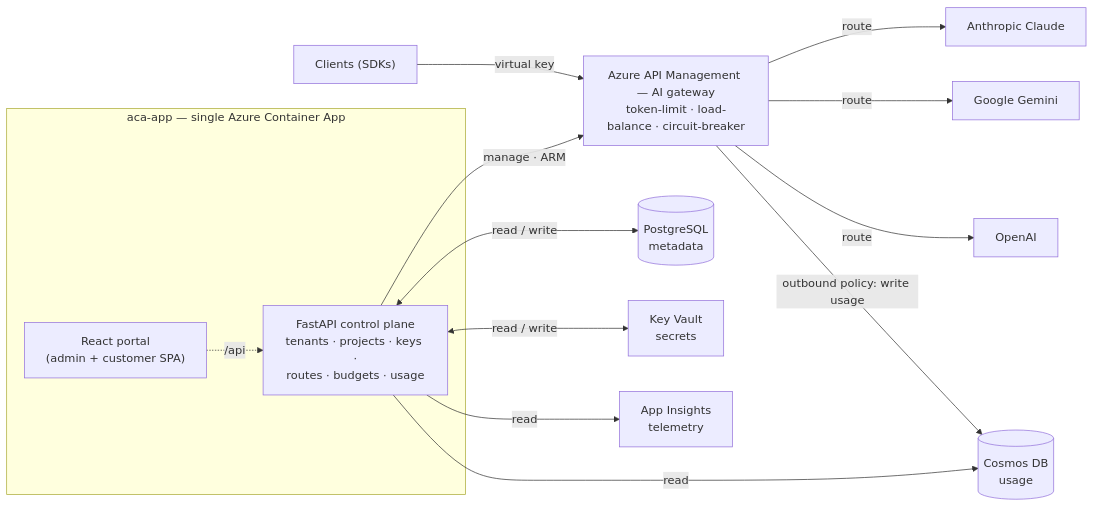
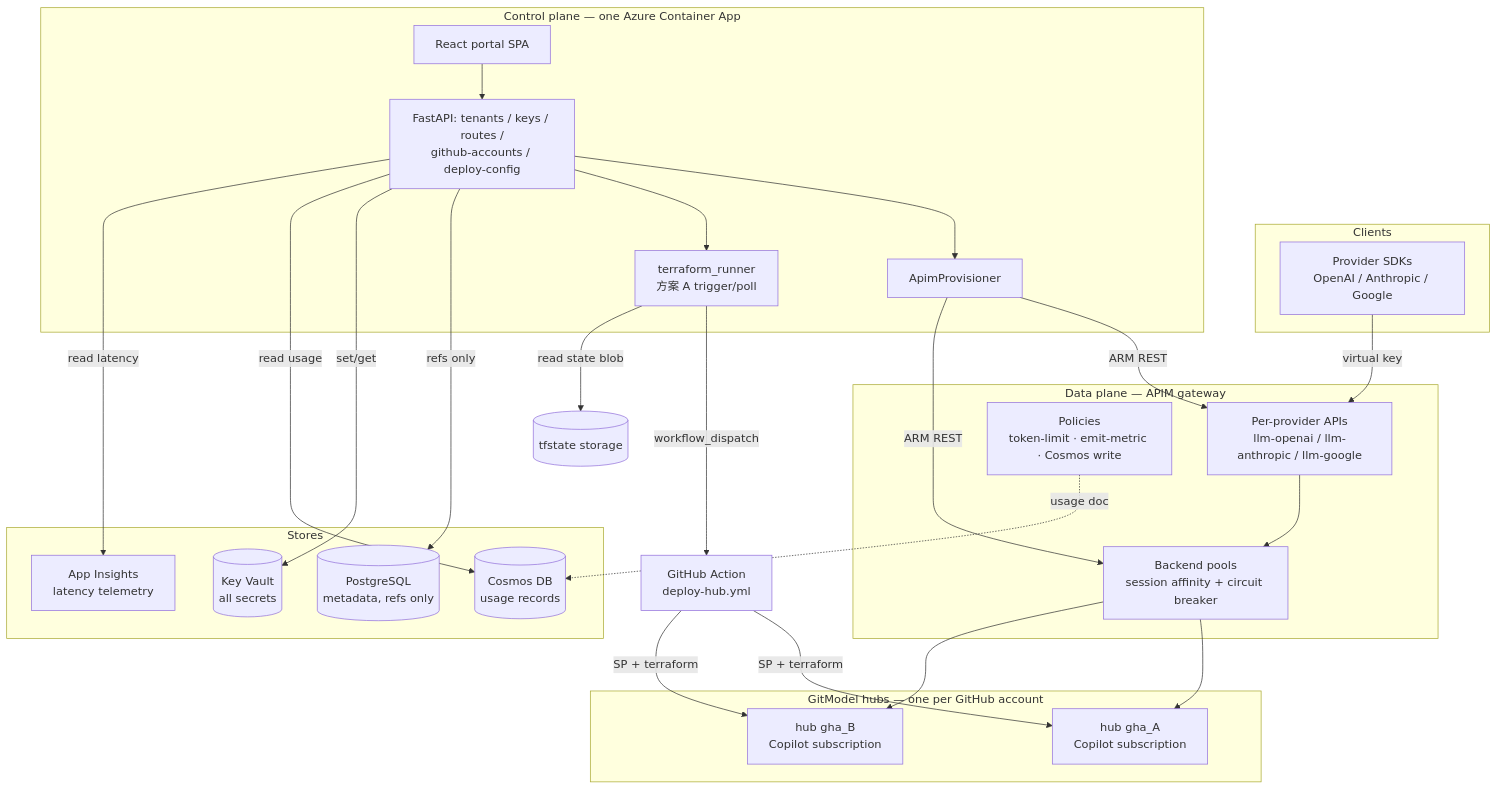
Before and after one commit to Nick287/TokenFoundry: the diagram in README.md, drawn with Mermaid. The commit also changed other lines of this file and 2 other files, not shown here.

Commit message:
Update README.zh.md with architecture details and Terraform deployment instructions; replace Bicep references with Terraform; enhance clarity on GitModel hub integration and usage metrics. Update architecture diagram to reflect changes.

````diff
--- a/README.md
+++ b/README.md
@@ -13,33 +18,42 @@
 ```mermaid
-flowchart LR
-    Clients["Clients (SDKs)"]
-
-    subgraph ACA["aca-app — single Azure Container App"]
-        Portal["React portal<br/>(admin + customer SPA)"]
-        API["FastAPI control plane<br/>tenants · projects · keys ·<br/>routes · budgets · usage"]
-        Portal -. "/api" .-> API
+flowchart TB
+    subgraph client[Clients]
+        SDK[Provider SDKs<br/>OpenAI / Anthropic / Google]
     end
 
-    APIM["Azure API Management — AI gateway<br/>token-limit · load-balance · circuit-breaker"]
+    subgraph dataplane[Data plane — APIM gateway]
+        API[Per-provider APIs<br/>llm-openai / llm-anthropic / llm-google]
+        POOL[Backend pools<br/>session affinity + circuit breaker]
+        POL[Policies<br/>token-limit · emit-metric · Cosmos write]
+    end
 
-    Claude["Anthropic Claude"]
-    Gemini["Google Gemini"]
-    OpenAI["OpenAI"]
+    subgraph hubs[GitModel hubs — one per GitHub account]
+        H1[hub gha_A<br/>Copilot subscription]
+        H2[hub gha_B<br/>Copilot subscription]
+    end
 
-    PG[("PostgreSQL<br/>metadata")]
-    Cosmos[("Cosmos DB<br/>usage")]
-    KV["Key Vault<br/>secrets"]
-    Insights["App Insights<br/>telemetry"]
+    subgraph ctrl[Control plane — one Azure Container App]
+        PORTAL[React portal SPA]
+        APISRV[FastAPI: tenants / keys / routes /<br/>github-accounts / deploy-config]
+        PROV[ApimProvisioner]
+        TRUN[terraform_runner<br/>方案 A trigger/poll]
+    end
 
-    Clients -->|virtual key| APIM
-    APIM -->|route| Claude
-    APIM -->|route| Gemini
-    APIM -->|route| OpenAI
-    APIM -->|"outbound policy: write usage"| Cosmos
+    subgraph stores[Stores]
+        KV[(Key Vault<br/>all secrets)]
+        PG[(PostgreSQL<br/>metadata, refs only)]
+        COS[(Cosmos DB<br/>usage records)]
+        INS[App Insights<br/>latency telemetry]
+    end
 
-    API -->|manage · ARM| APIM
-    API <-->|read / write| PG
-    API <-->|read / write| KV
-    API -->|read| Cosmos
-    API -->|read| Insights
+    SDK -->|virtual key| API --> POOL --> H1 & H2
+    POL -.usage doc.-> COS
+    PORTAL --> APISRV --> PROV -->|ARM REST| API & POOL
+    APISRV --> TRUN -->|workflow_dispatch| GHA[GitHub Action<br/>deploy-hub.yml]
+    GHA -->|SP + terraform| H1 & H2
+    APISRV -->|refs only| PG
+    APISRV -->|set/get| KV
+    APISRV -->|read usage| COS
+    APISRV -->|read latency| INS
+    TRUN -->|read state blob| TFSTATE[(tfstate storage)]
 ```
````
